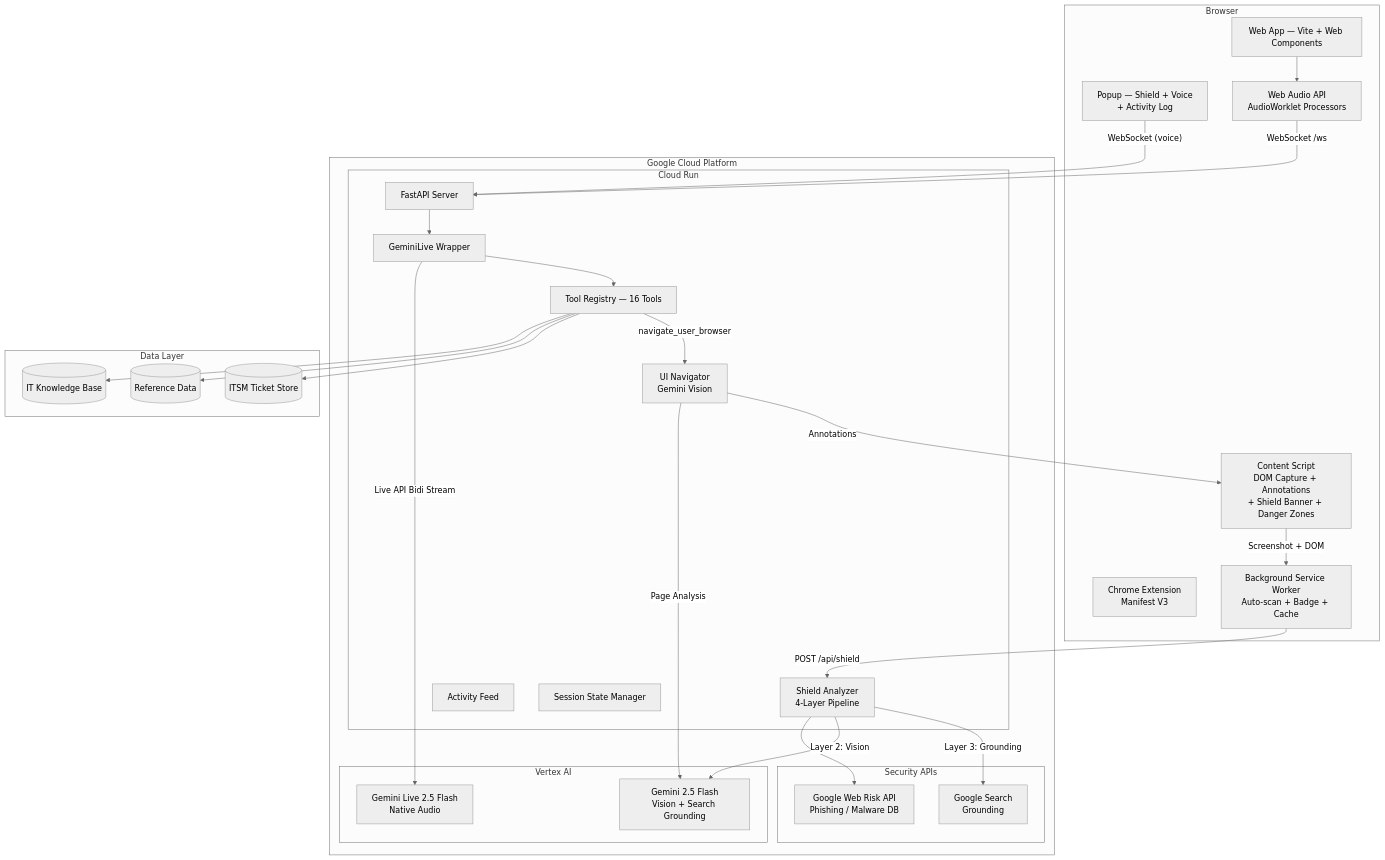
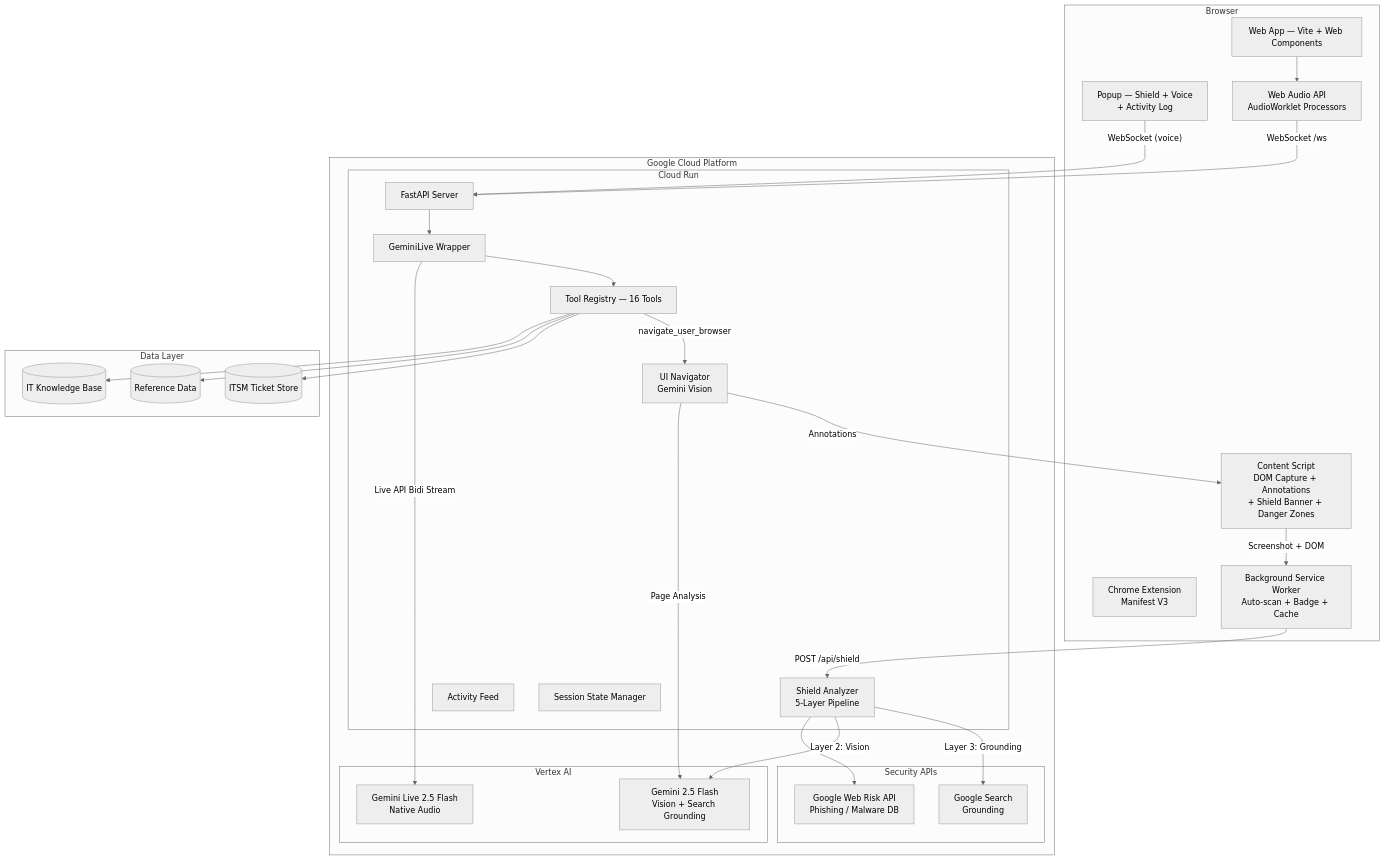
Before and after one commit to vigneshbarani24/resolve-vigil: the first of 10 diagrams in docs/architecture-diagrams.md, drawn with Mermaid (neutral theme). The commit also changed other lines of this file and 10 other files, not shown here.

First line of the commit message:
feat: add 5-layer architecture diagrams + update README image refs

````diff
--- a/docs/architecture-diagrams.md
+++ b/docs/architecture-diagrams.md
@@ -9,62 +9,62 @@
 ```mermaid
 graph TB
     subgraph "Browser"
         EXT[Chrome Extension<br/>Manifest V3]
         POPUP[Popup — Shield + Voice<br/>+ Activity Log]
         BG[Background Service Worker<br/>Auto-scan + Badge + Cache]
         CS[Content Script<br/>DOM Capture + Annotations<br/>+ Shield Banner + Danger Zones]
         UI[Web App — Vite + Web Components]
         WA[Web Audio API<br/>AudioWorklet Processors]
     end
 
     subgraph "Google Cloud Platform"
         subgraph "Cloud Run"
             FASTAPI[FastAPI Server]
             GM[GeminiLive Wrapper]
             TR[Tool Registry — 16 Tools]
-            SHIELD[Shield Analyzer<br/>4-Layer Pipeline]
+            SHIELD[Shield Analyzer<br/>5-Layer Pipeline]
             NAV[UI Navigator<br/>Gemini Vision]
             AF[Activity Feed]
             SM[Session State Manager]
         end
 
         subgraph "Vertex AI"
             FLASH[Gemini 2.5 Flash<br/>Vision + Search Grounding]
             LIVE[Gemini Live 2.5 Flash<br/>Native Audio]
         end
 
         subgraph "Security APIs"
             WEBRISK[Google Web Risk API<br/>Phishing / Malware DB]
             GSEARCH[Google Search<br/>Grounding]
         end
     end
 
     subgraph "Data Layer"
         KB[(IT Knowledge Base)]
         REF[(Reference Data)]
         ITSM_STORE[(ITSM Ticket Store)]
     end
 
     %% Shield flow (primary)
     BG -- "POST /api/shield" --> SHIELD
     CS -- "Screenshot + DOM" --> BG
     SHIELD --> WEBRISK
     SHIELD -- "Layer 2: Vision" --> FLASH
     SHIELD -- "Layer 3: Grounding" --> GSEARCH
 
     %% Voice flow
     POPUP -- "WebSocket (voice)" --> FASTAPI
     UI --> WA
     WA -- "WebSocket /ws" --> FASTAPI
     FASTAPI --> GM
     GM -- "Live API Bidi Stream" --> LIVE
     GM --> TR
     TR --> KB
     TR --> REF
     TR --> ITSM_STORE
 
     %% UI Navigation
     TR -- "navigate_user_browser" --> NAV
     NAV -- "Page Analysis" --> FLASH
     NAV -- "Annotations" --> CS
 ```
````
